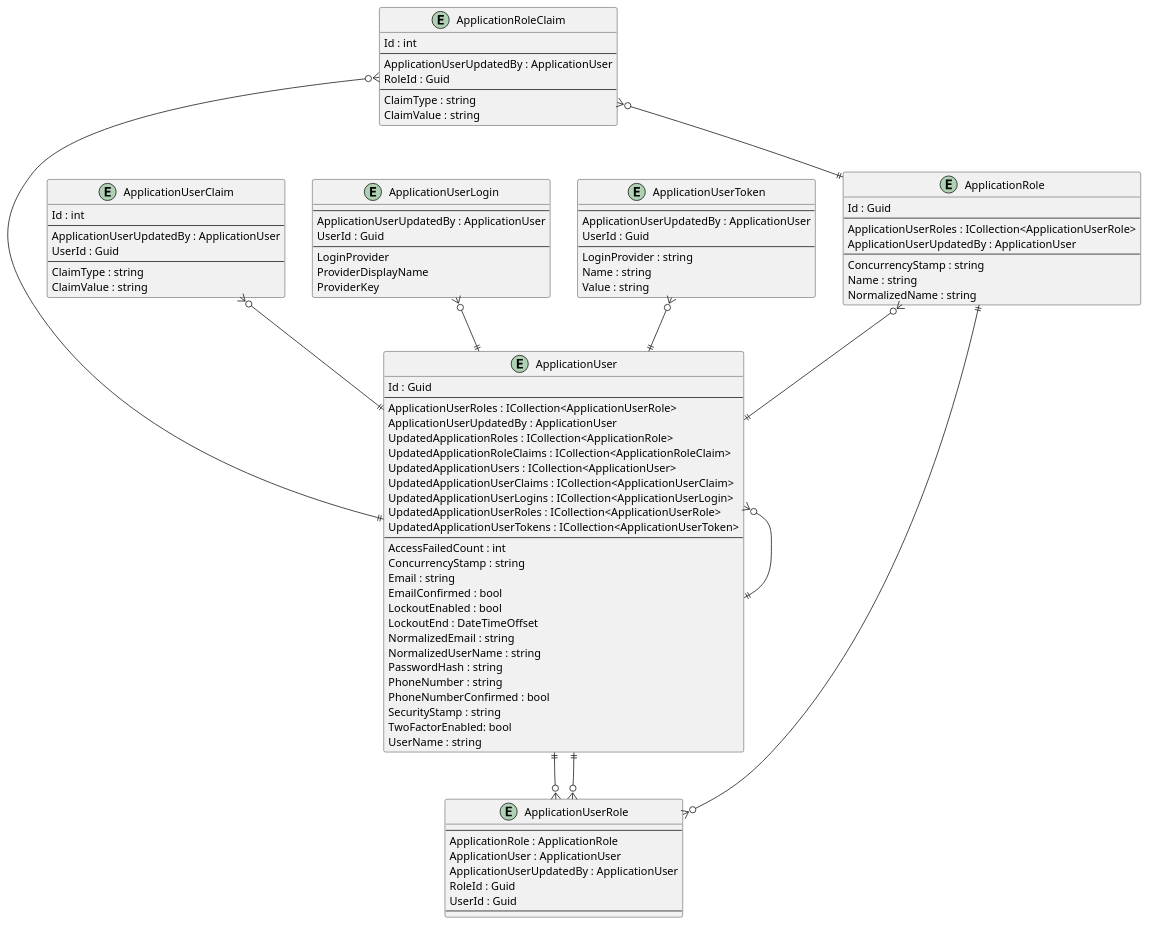
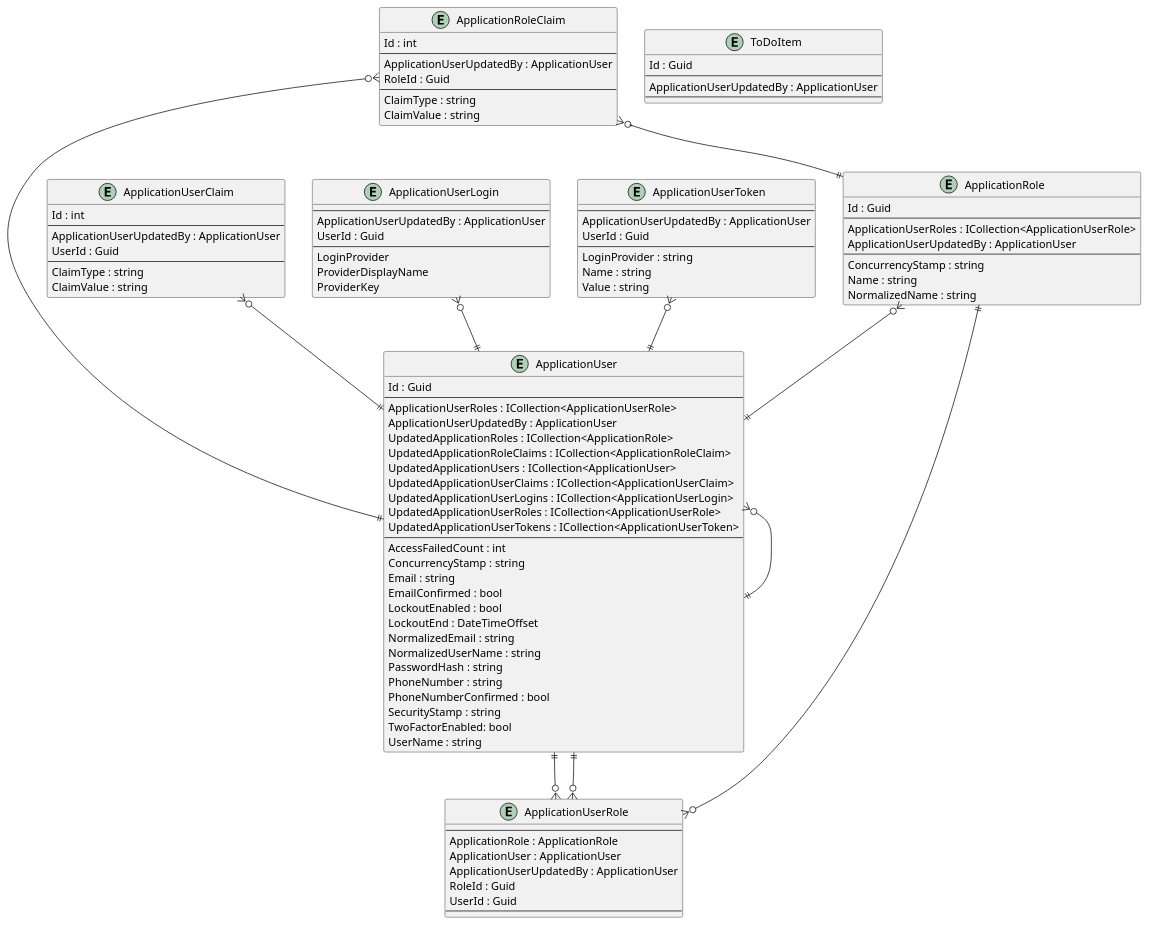
The diagram in .docs/Intrepion.ToDo.pu (intrepion/intrepion_to-do_web_blazor), drawn with PlantUML before and after one commit.

```diff
--- a/.docs/Intrepion.ToDo.pu
+++ b/.docs/Intrepion.ToDo.pu
@@ -1,109 +1,118 @@
 @startuml
 
 entity ApplicationRole {
     Id : Guid
     --
     ApplicationUserRoles : ICollection<ApplicationUserRole>
     ApplicationUserUpdatedBy : ApplicationUser
     --
     ConcurrencyStamp : string
     Name : string
     NormalizedName : string
 }
 
 entity ApplicationRoleClaim {
     Id : int
     --
     ApplicationUserUpdatedBy : ApplicationUser
     RoleId : Guid
     --
     ClaimType : string
     ClaimValue : string
 }
 
 entity ApplicationUser {
     Id : Guid
     --
     ApplicationUserRoles : ICollection<ApplicationUserRole>
     ApplicationUserUpdatedBy : ApplicationUser
     UpdatedApplicationRoles : ICollection<ApplicationRole>
     UpdatedApplicationRoleClaims : ICollection<ApplicationRoleClaim>
     UpdatedApplicationUsers : ICollection<ApplicationUser>
     UpdatedApplicationUserClaims : ICollection<ApplicationUserClaim>
     UpdatedApplicationUserLogins : ICollection<ApplicationUserLogin>
     UpdatedApplicationUserRoles : ICollection<ApplicationUserRole>
     UpdatedApplicationUserTokens : ICollection<ApplicationUserToken>
     ' ApplicationUserKeyCodePlaceholder
     --
     AccessFailedCount : int
     ConcurrencyStamp : string
     Email : string
     EmailConfirmed : bool
     LockoutEnabled : bool
     LockoutEnd : DateTimeOffset
     NormalizedEmail : string
     NormalizedUserName : string
     PasswordHash : string
     PhoneNumber : string
     PhoneNumberConfirmed : bool
     SecurityStamp : string
     TwoFactorEnabled: bool
     UserName : string
 }
 
 entity ApplicationUserClaim {
     Id : int
     --
     ApplicationUserUpdatedBy : ApplicationUser
     UserId : Guid
     --
     ClaimType : string
     ClaimValue : string
 }
 
 entity ApplicationUserLogin {
     --
     ApplicationUserUpdatedBy : ApplicationUser
     UserId : Guid
     --
     LoginProvider
     ProviderDisplayName
     ProviderKey
 }
 
 entity ApplicationUserRole {
     --
     ApplicationRole : ApplicationRole
     ApplicationUser : ApplicationUser
     ApplicationUserUpdatedBy : ApplicationUser
     RoleId : Guid
     UserId : Guid
     --
 }
 
 entity ApplicationUserToken {
     --
     ApplicationUserUpdatedBy : ApplicationUser
     UserId : Guid
     --
     LoginProvider : string
     Name : string
     Value : string
 }
 
+entity ToDoItem {
+    Id : Guid
+    --
+    ApplicationUserUpdatedBy : ApplicationUser
+    ' ToDoItemKeyCodePlaceholder
+    --
+    ' ToDoItemPropertyCodePlaceholder
+}
+
 ' EntityCodePlaceholder
 
 ApplicationRole ||--o{ ApplicationUserRole
 ApplicationRole }o--|| ApplicationUser
 ApplicationRoleClaim }o--|| ApplicationRole
 ApplicationRoleClaim }o--|| ApplicationUser
 ApplicationUser }o--|| ApplicationUser
 ApplicationUser ||--o{ ApplicationUserRole
 ApplicationUserClaim }o--|| ApplicationUser
 ApplicationUserLogin }o--|| ApplicationUser
 ApplicationUserRole }o--|| ApplicationUser
 ApplicationUserToken }o--|| ApplicationUser
 
 ' RelationshipCodePlaceholder
 
 @enduml
```
